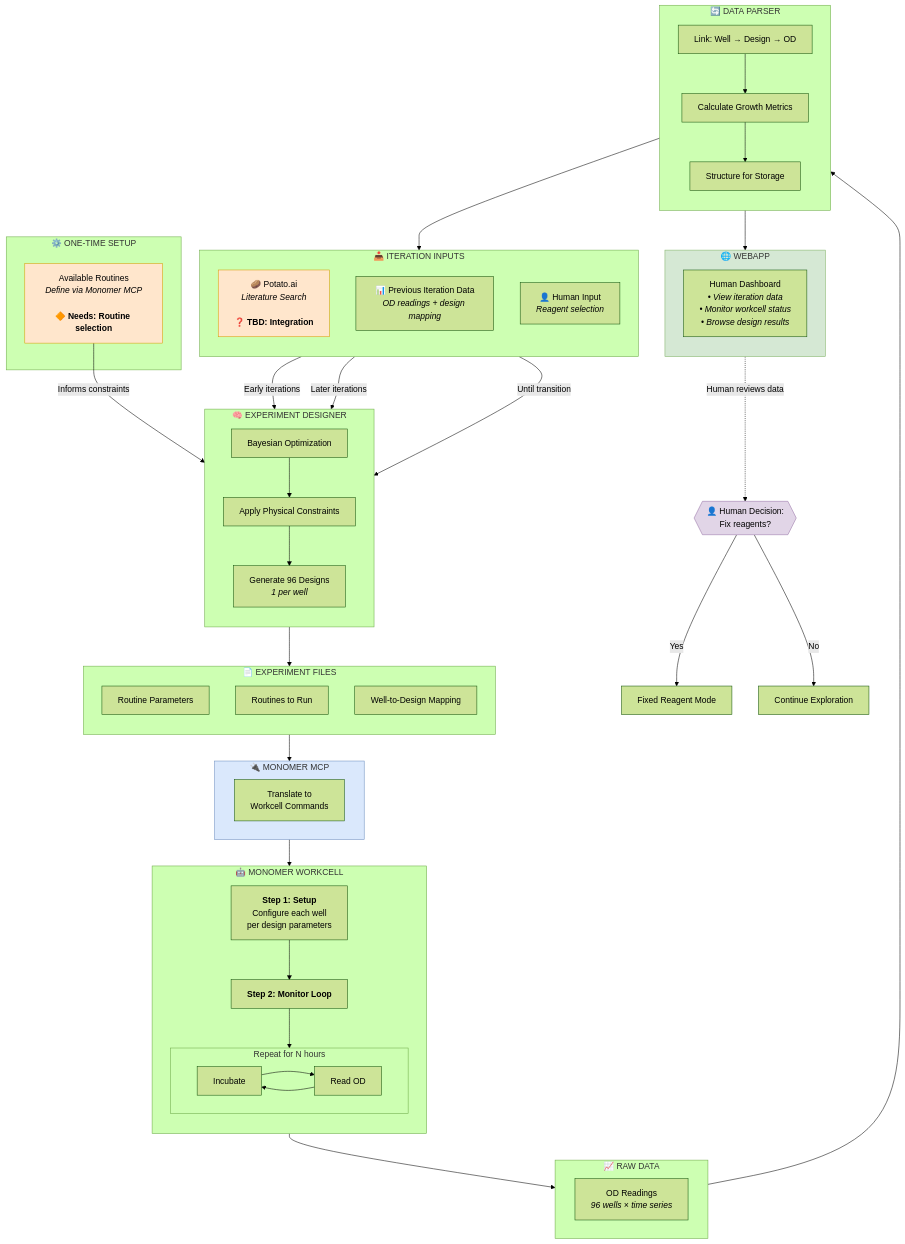
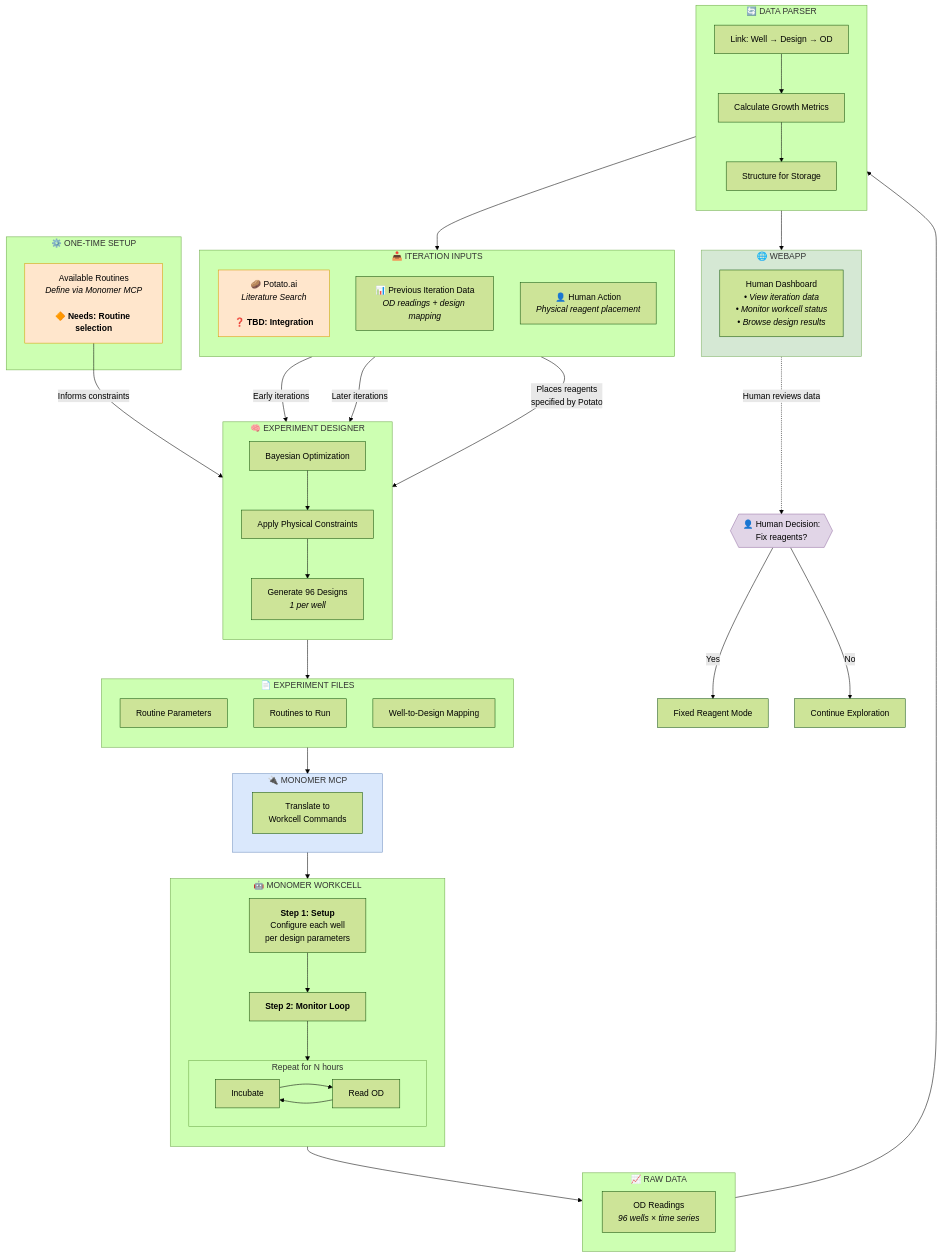
Before and after one commit to srustisain/closed-loop-ai-scientist-cell-culture-workcell: the first of 5 diagrams in SYSTEM_ARCHITECTURE.md, drawn with Mermaid (forest theme). The commit also changed other lines of this file, not shown here.

Commit message:
Refine SYSTEM_ARCHITECTURE.md to clarify human roles in reagent handling. Updated terminology from "Reagent selection" to "Physical reagent placement" and adjusted flowchart descriptions for accuracy. Improved the trigger explanation for transitioning to fixed reagents.

```diff
--- a/SYSTEM_ARCHITECTURE.md
+++ b/SYSTEM_ARCHITECTURE.md
@@ -55,7 +55,7 @@
         direction TB
         POTATO["🥔 Potato.ai<br/><i>Literature Search</i><br/><br/>❓ <b>TBD: Integration</b>"]
         PREV_DATA["📊 Previous Iteration Data<br/><i>OD readings + design mapping</i>"]
-        HUMAN_REAGENTS["👤 Human Input<br/><i>Reagent selection</i>"]
+        HUMAN_REAGENTS["👤 Human Action<br/><i>Physical reagent placement</i>"]
     end
 
     subgraph DESIGNER["🧠 EXPERIMENT DESIGNER"]
@@ -117,7 +117,7 @@
     %% Iteration flow
     POTATO -->|"Early iterations"| DESIGNER
     PREV_DATA -->|"Later iterations"| DESIGNER
-    HUMAN_REAGENTS -->|"Until transition"| DESIGNER
+    HUMAN_REAGENTS -->|"Places reagents<br/>specified by Potato"| DESIGNER
     
     DESIGNER --> OUTPUT_FILES
     OUTPUT_FILES --> MCP
```
